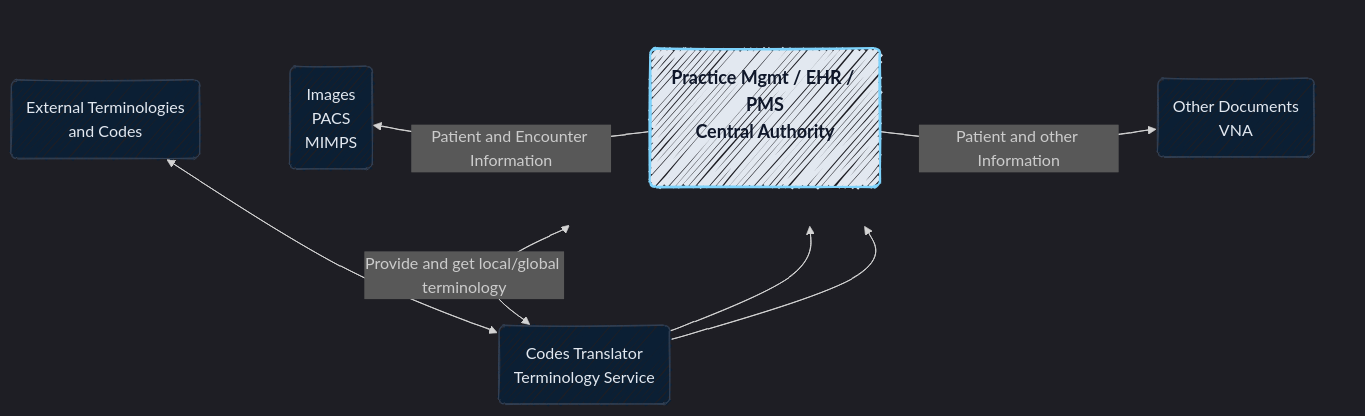
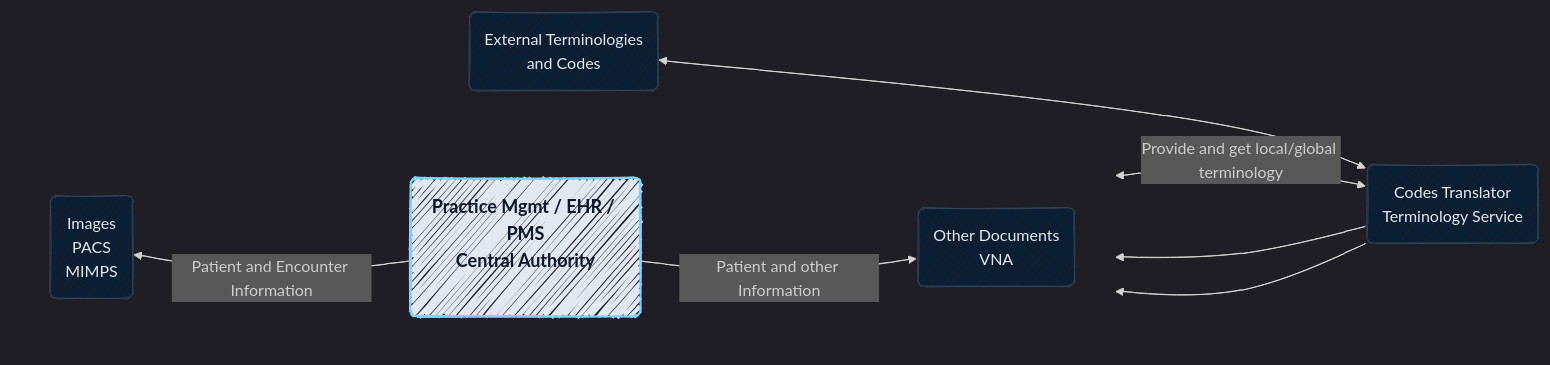
One commit to open-ortho/lectures changed the diagram in assets/diagrams/mwl_actors.mmd. Above: the diagram before and after it, drawn with Mermaid. The commit also changed 2 other files, not shown here.

```diff
--- a/assets/diagrams/mwl_actors.mmd
+++ b/assets/diagrams/mwl_actors.mmd
@@ -1,38 +1,38 @@
 ---
 config:
   look: handDrawn
   theme: dark
 ---
-flowchart TB
+flowchart LR
     B5(External Terminologies<br/>and Codes)
     B4(Codes Translator<br/>Terminology Service)
 
     subgraph bottom[ ]
         direction LR
         B1(Images<br/>PACS<br/>MIMPS)
         B2(Practice Mgmt / EHR / PMS<br/>Central Authority<br/>&nbsp;)
         B3(Other Documents<br/>VNA)
         B1 --- B2 --- B3
     end
 
     style bottom fill:transparent,stroke:transparent
 
     B5 --- B4
     B4 --- B2
     linkStyle 0 stroke:transparent,opacity:0
     linkStyle 1 stroke:transparent,opacity:0
     linkStyle 2 stroke:transparent,opacity:0
     linkStyle 3 stroke:transparent,opacity:0
 
     B2 -- Patient and Encounter Information --> B1
     B2 -- Patient and other Information --> B3
 
     B2 <--> |Provide and get local/global terminology| B4
     B4 --> B1
     B4 --> B3
     B5 <--> B4
 
     classDef central fill:#e2e8f0,stroke:#7dd3fc,stroke-width:2px,color:#0f172a,font-weight:bold,font-size:18px;
     classDef normal fill:#0b1f34,stroke:#334155,stroke-width:1px,color:#e2e8f0;
     class B2 central
     class B1,B3,B4,B5 normal
```
